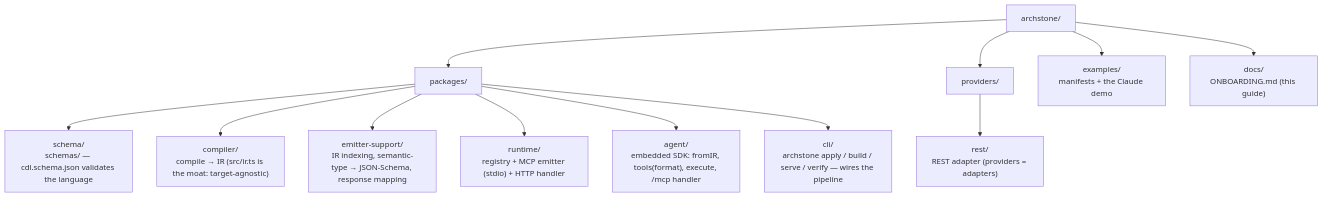
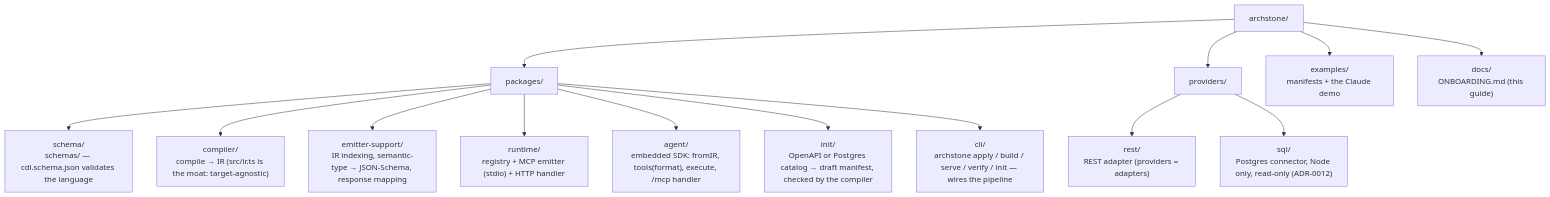
Before and after one commit to NousVigil/archstone: the second of 2 diagrams in docs/ONBOARDING.md, drawn with Mermaid. The commit also changed other lines of this file and 6 other files, not shown here.

Commit message:
docs(sql): a linear guide for the sql connector (#220)

````diff
--- a/docs/ONBOARDING.md
+++ b/docs/ONBOARDING.md
@@ -1841,15 +1842,17 @@
 ```mermaid
 flowchart TD
     ROOT["archstone/"]
     ROOT --> PKG["packages/"]
     PKG --> SCHEMA["schema/<br/>schemas/ — cdl.schema.json validates the language"]
     PKG --> COMPILER["compiler/<br/>compile → IR (src/ir.ts is the moat: target-agnostic)"]
     PKG --> EMITTER["emitter-support/<br/>IR indexing, semantic-type → JSON-Schema, response mapping"]
     PKG --> RUNTIME["runtime/<br/>registry + MCP emitter (stdio) + HTTP handler"]
     PKG --> AGENT["agent/<br/>embedded SDK: fromIR, tools(format), execute, /mcp handler"]
-    PKG --> CLI["cli/<br/>archstone apply / build / serve / verify — wires the pipeline"]
+    PKG --> INIT["init/<br/>OpenAPI or Postgres catalog → draft manifest, checked by the compiler"]
+    PKG --> CLI["cli/<br/>archstone apply / build / serve / verify / init — wires the pipeline"]
     ROOT --> PROVIDERS["providers/"]
     PROVIDERS --> REST["rest/<br/>REST adapter (providers = adapters)"]
+    PROVIDERS --> SQL["sql/<br/>Postgres connector, Node only, read-only (ADR-0012)"]
     ROOT --> EXAMPLES["examples/<br/>manifests + the Claude demo"]
     ROOT --> DOCS["docs/<br/>ONBOARDING.md (this guide)"]
 ```
````
